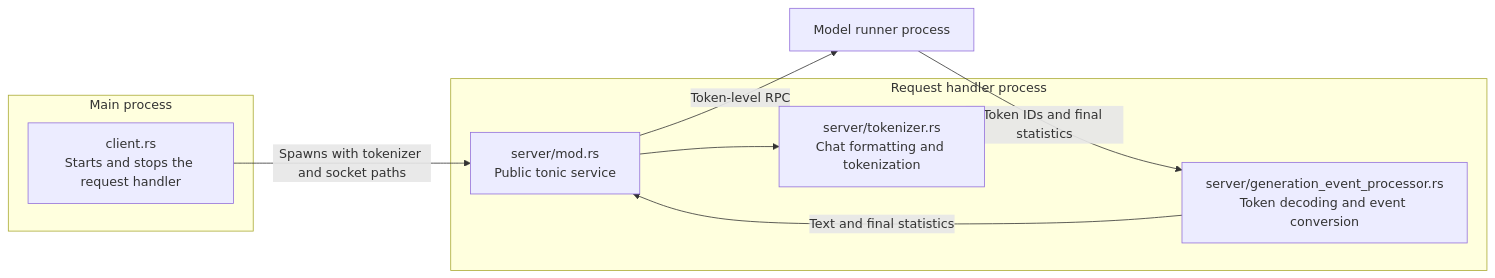
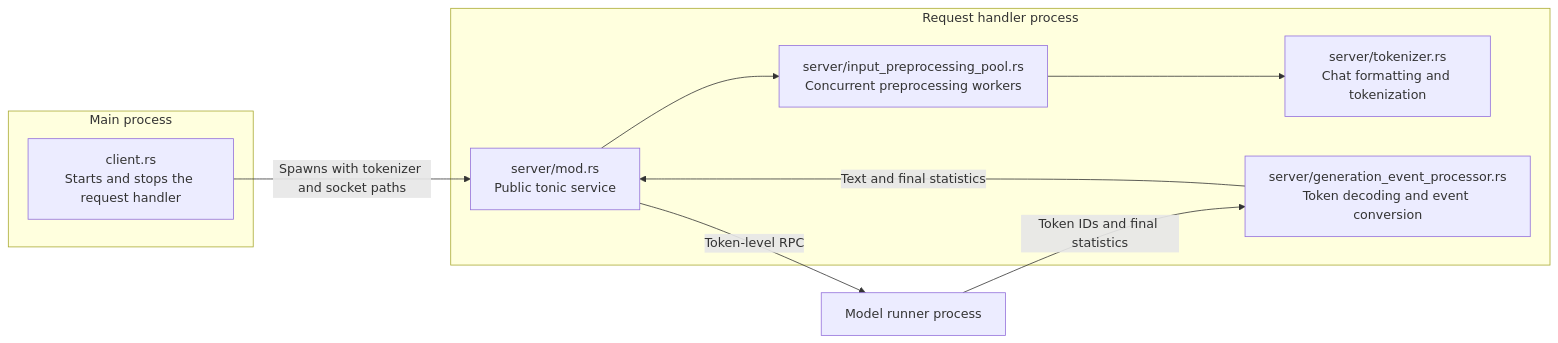
Before and after one commit to lun0522/mini-vllm-rs: the first of 2 diagrams in src/request_handler/README.md, drawn with Mermaid. The commit also changed other lines of this file and 6 other files, not shown here.

First line of the commit message:
Feature: Add concurrent input preprocessing

````diff
--- a/src/request_handler/README.md
+++ b/src/request_handler/README.md
@@ -6,20 +6,22 @@
 ```mermaid
 flowchart LR
     subgraph Main[Main process]
         Client["client.rs<br/>Starts and stops the request handler"]
     end
 
     subgraph Handler[Request handler process]
         Server["server/mod.rs<br/>Public tonic service"]
+        Preprocessing["server/input_preprocessing_pool.rs<br/>Concurrent preprocessing workers"]
         Tokenizer["server/tokenizer.rs<br/>Chat formatting and tokenization"]
         Events["server/generation_event_processor.rs<br/>Token decoding and event conversion"]
     end
 
     Runner["Model runner process"]
 
     Client -->|"Spawns with tokenizer and socket paths"| Server
-    Server --> Tokenizer
+    Server --> Preprocessing
+    Preprocessing --> Tokenizer
     Server -->|"Token-level RPC"| Runner
     Runner -->|"Token IDs and final statistics"| Events
     Events -->|"Text and final statistics"| Server
 ```
````
